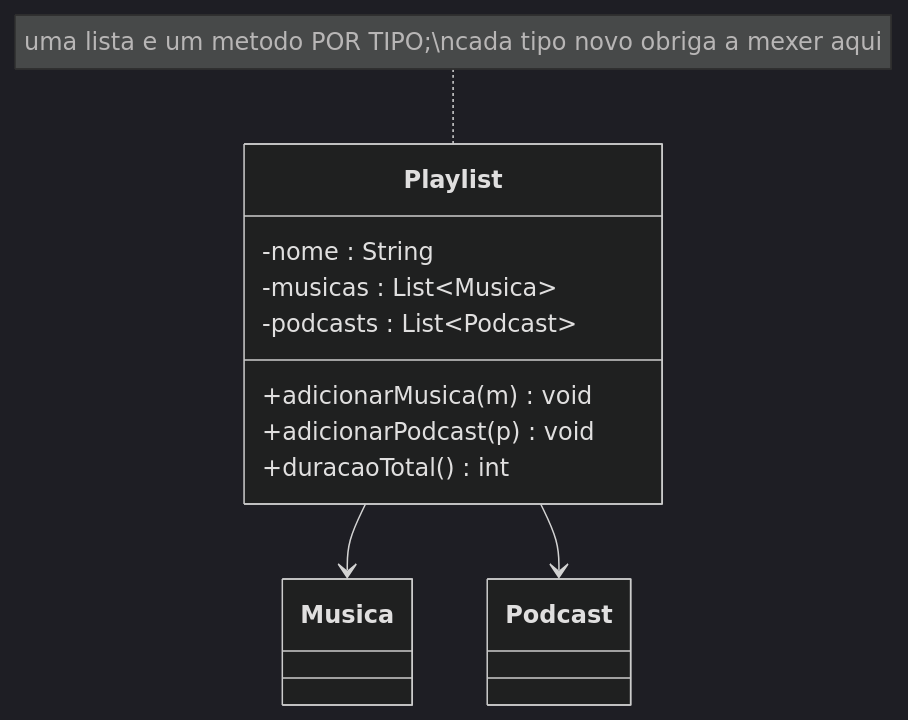
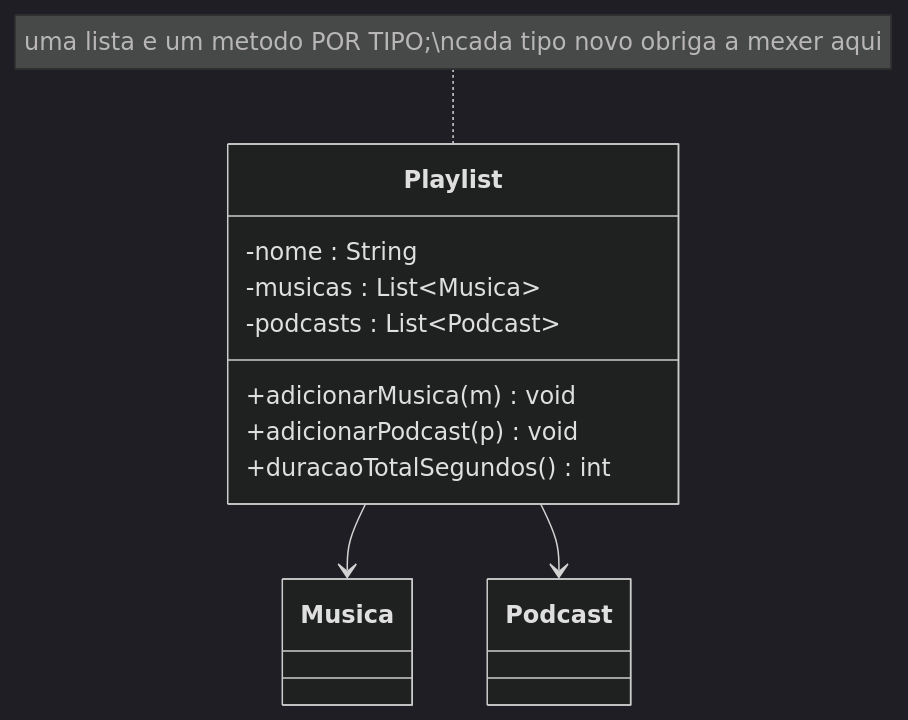
One commit to luiscarlosjunior/aulas-graduacao changed the sixth of 9 diagrams in 02-programacao/java/03-POO/01-modelagem/analise-projeto-uml/03-abstracao/exemplos-java-pilares/AULA-construindo-o-diagrama.md. Above: the diagram before and after it, drawn with Mermaid (dark theme). The commit also changed other lines of this file and 18 other files, not shown here.

````diff
--- a/02-programacao/java/03-POO/01-modelagem/analise-projeto-uml/03-abstracao/exemplos-java-pilares/AULA-construindo-o-diagrama.md
+++ b/02-programacao/java/03-POO/01-modelagem/analise-projeto-uml/03-abstracao/exemplos-java-pilares/AULA-construindo-o-diagrama.md
@@ -354,16 +353,16 @@
 ```mermaid
 classDiagram
     class Playlist {
         -nome : String
         -musicas : List~Musica~
         -podcasts : List~Podcast~
         +adicionarMusica(m) void
         +adicionarPodcast(p) void
-        +duracaoTotal() int
+        +duracaoTotalSegundos() int
     }
     class Musica
     class Podcast
     Playlist --> Musica
     Playlist --> Podcast
     note for Playlist "uma lista e um metodo POR TIPO;\ncada tipo novo obriga a mexer aqui"
 ```
````
